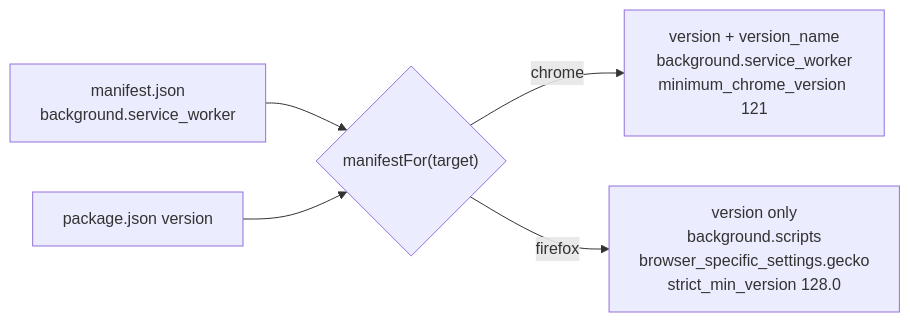
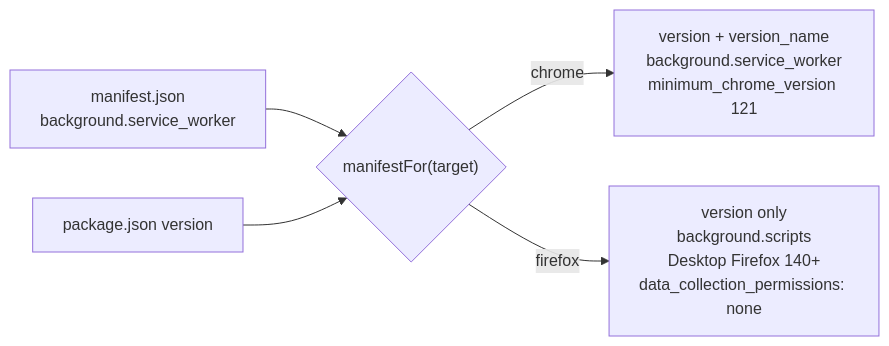
One commit to abdullahkhfb/narrately changed the second of 2 diagrams in docs/building.md. Above: the diagram before and after it, drawn with Mermaid. The commit also changed other lines of this file and 5 other files, not shown here.

````diff
--- a/docs/building.md
+++ b/docs/building.md
@@ -92,7 +92,7 @@
 ```mermaid
 flowchart LR
     base["manifest.json<br/>background.service_worker"] --> fn{"manifestFor(target)"}
     ver["package.json version"] --> fn
     fn -->|chrome| c["version + version_name<br/>background.service_worker<br/>minimum_chrome_version 121"]
-    fn -->|firefox| f["version only<br/>background.scripts<br/>browser_specific_settings.gecko<br/>strict_min_version 128.0"]
+    fn -->|firefox| f["version only<br/>background.scripts<br/>Desktop Firefox 140+<br/>data_collection_permissions: none"]
 ```
````
